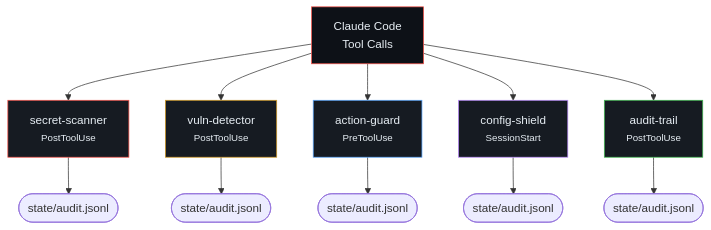
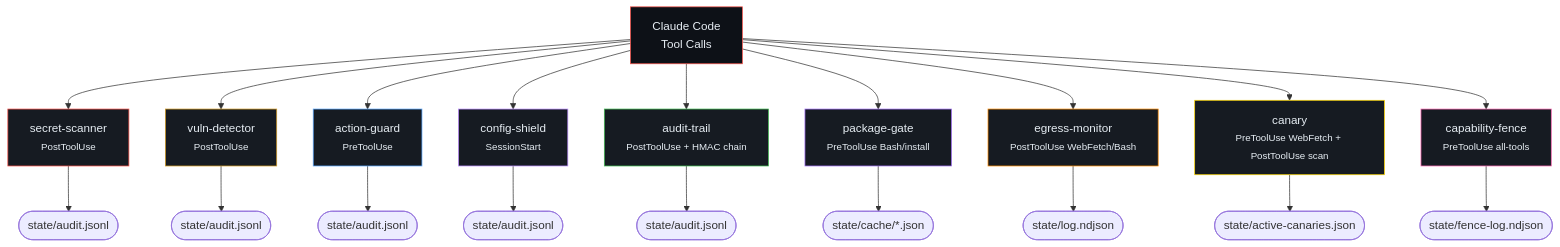
One commit to enchanter-ai/hydra changed the diagram in docs/architecture/highlevel.mmd. Above: the diagram before and after it, drawn with Mermaid. The commit also changed 4 other files, not shown here.

First line of the commit message:
docs: register new plugins in marketplace.json + README + .mmd diagrams

```diff
--- a/docs/architecture/highlevel.mmd
+++ b/docs/architecture/highlevel.mmd
@@ -1,28 +1,48 @@
 graph TD
     CC["Claude Code<br/>Tool Calls"]
     secret_scanner["secret-scanner<br/><small>PostToolUse</small>"]
     CC --> secret_scanner
     secret_scanner_out(["state/audit.jsonl"])
     secret_scanner --> secret_scanner_out
     style secret_scanner fill:#161b22,stroke:#f85149,color:#e6edf3
     vuln_detector["vuln-detector<br/><small>PostToolUse</small>"]
     CC --> vuln_detector
     vuln_detector_out(["state/audit.jsonl"])
     vuln_detector --> vuln_detector_out
     style vuln_detector fill:#161b22,stroke:#d29922,color:#e6edf3
     action_guard["action-guard<br/><small>PreToolUse</small>"]
     CC --> action_guard
     action_guard_out(["state/audit.jsonl"])
     action_guard --> action_guard_out
     style action_guard fill:#161b22,stroke:#58a6ff,color:#e6edf3
     config_shield["config-shield<br/><small>SessionStart</small>"]
     CC --> config_shield
     config_shield_out(["state/audit.jsonl"])
     config_shield --> config_shield_out
     style config_shield fill:#161b22,stroke:#bc8cff,color:#e6edf3
-    audit_trail["audit-trail<br/><small>PostToolUse</small>"]
+    audit_trail["audit-trail<br/><small>PostToolUse + HMAC chain</small>"]
     CC --> audit_trail
     audit_trail_out(["state/audit.jsonl"])
     audit_trail --> audit_trail_out
     style audit_trail fill:#161b22,stroke:#3fb950,color:#e6edf3
+    package_gate["package-gate<br/><small>PreToolUse Bash/install</small>"]
+    CC --> package_gate
+    package_gate_out(["state/cache/*.json"])
+    package_gate --> package_gate_out
+    style package_gate fill:#161b22,stroke:#a371f7,color:#e6edf3
+    egress_monitor["egress-monitor<br/><small>PostToolUse WebFetch/Bash</small>"]
+    CC --> egress_monitor
+    egress_monitor_out(["state/log.ndjson"])
+    egress_monitor --> egress_monitor_out
+    style egress_monitor fill:#161b22,stroke:#ff8c00,color:#e6edf3
+    canary["canary<br/><small>PreToolUse WebFetch + PostToolUse scan</small>"]
+    CC --> canary
+    canary_out(["state/active-canaries.json"])
+    canary --> canary_out
+    style canary fill:#161b22,stroke:#ffd700,color:#e6edf3
+    capability_fence["capability-fence<br/><small>PreToolUse all-tools</small>"]
+    CC --> capability_fence
+    capability_fence_out(["state/fence-log.ndjson"])
+    capability_fence --> capability_fence_out
+    style capability_fence fill:#161b22,stroke:#ff69b4,color:#e6edf3
     style CC fill:#0d1117,stroke:#f85149,color:#e6edf3
```
